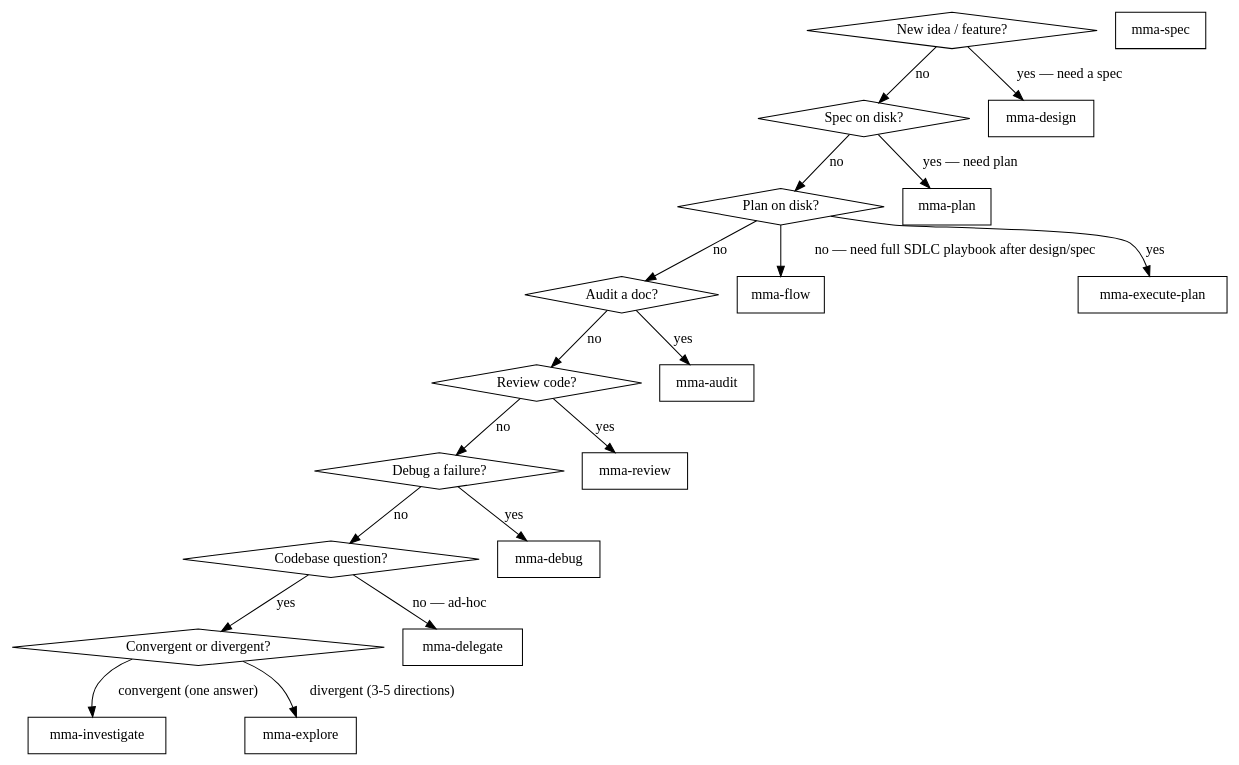
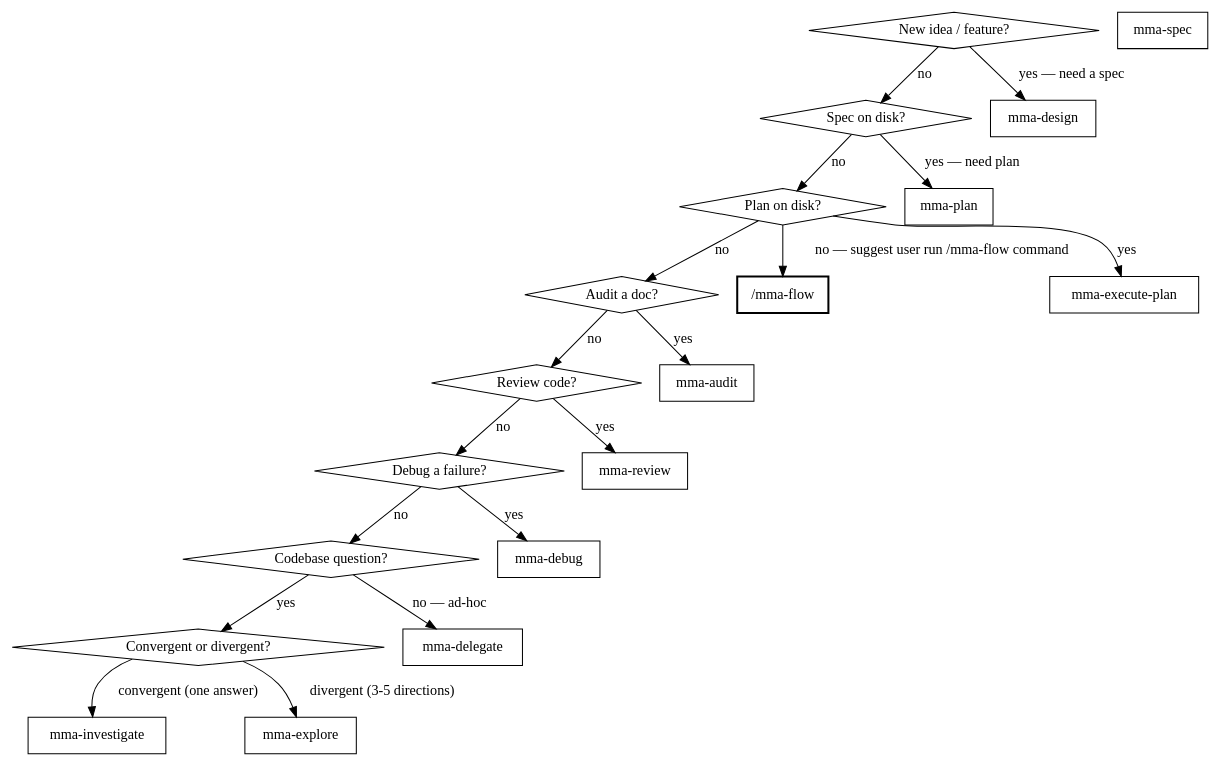
The diagram in packages/server/src/skills/multi-model-agent/SKILL.md (zhixuan312/multi-model-agent), drawn with Graphviz before and after one commit. The commit also changed other lines of this file and 15 other files, not shown here.

First line of the commit message:
feat(skill-install): convert mma-flow from auto-matched skill to explicit /mma-flow command

````diff
--- a/packages/server/src/skills/multi-model-agent/SKILL.md
+++ b/packages/server/src/skills/multi-model-agent/SKILL.md
@@ -18,41 +18,41 @@
 ```dot
 digraph picker {
     "New idea / feature?" [shape=diamond];
     "Spec on disk?" [shape=diamond];
     "Plan on disk?" [shape=diamond];
     "Audit a doc?" [shape=diamond];
     "Review code?" [shape=diamond];
     "Debug a failure?" [shape=diamond];
     "Codebase question?" [shape=diamond];
     "Convergent or divergent?" [shape=diamond];
     "mma-design" [shape=box];
-    "mma-flow" [shape=box];
+    "/mma-flow" [shape=box, style=bold];
     "mma-spec" [shape=box];
     "mma-plan" [shape=box];
     "mma-execute-plan" [shape=box];
     "mma-audit" [shape=box];
     "mma-review" [shape=box];
     "mma-debug" [shape=box];
     "mma-investigate" [shape=box];
     "mma-explore" [shape=box];
     "mma-delegate" [shape=box];
 
     "New idea / feature?" -> "mma-design" [label="yes — need a spec"];
     "New idea / feature?" -> "Spec on disk?" [label="no"];
     "Spec on disk?" -> "mma-plan" [label="yes — need plan"];
     "Spec on disk?" -> "Plan on disk?" [label="no"];
-    "Plan on disk?" -> "mma-flow" [label="no — need full SDLC playbook after design/spec"];
+    "Plan on disk?" -> "/mma-flow" [label="no — suggest user run /mma-flow command"];
     "Plan on disk?" -> "mma-execute-plan" [label="yes"];
     "Plan on disk?" -> "Audit a doc?" [label="no"];
     "Audit a doc?" -> "mma-audit" [label="yes"];
     "Audit a doc?" -> "Review code?" [label="no"];
     "Review code?" -> "mma-review" [label="yes"];
     "Review code?" -> "Debug a failure?" [label="no"];
     "Debug a failure?" -> "mma-debug" [label="yes"];
     "Debug a failure?" -> "Codebase question?" [label="no"];
     "Codebase question?" -> "Convergent or divergent?" [label="yes"];
     "Codebase question?" -> "mma-delegate" [label="no — ad-hoc"];
     "Convergent or divergent?" -> "mma-investigate" [label="convergent (one answer)"];
     "Convergent or divergent?" -> "mma-explore" [label="divergent (3-5 directions)"];
 }
 ```
````
